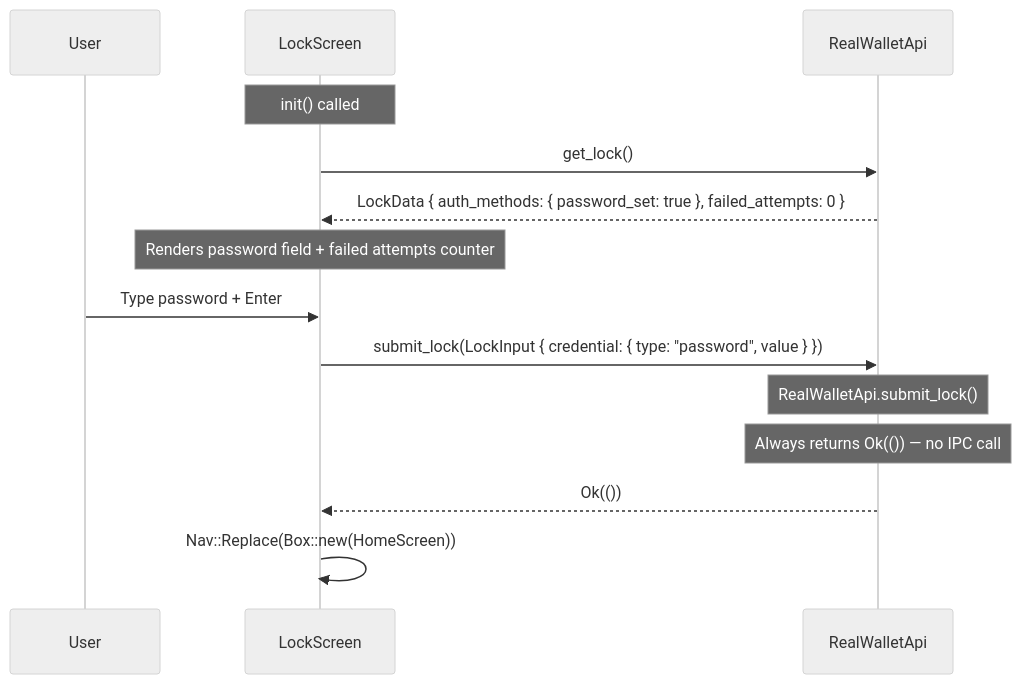
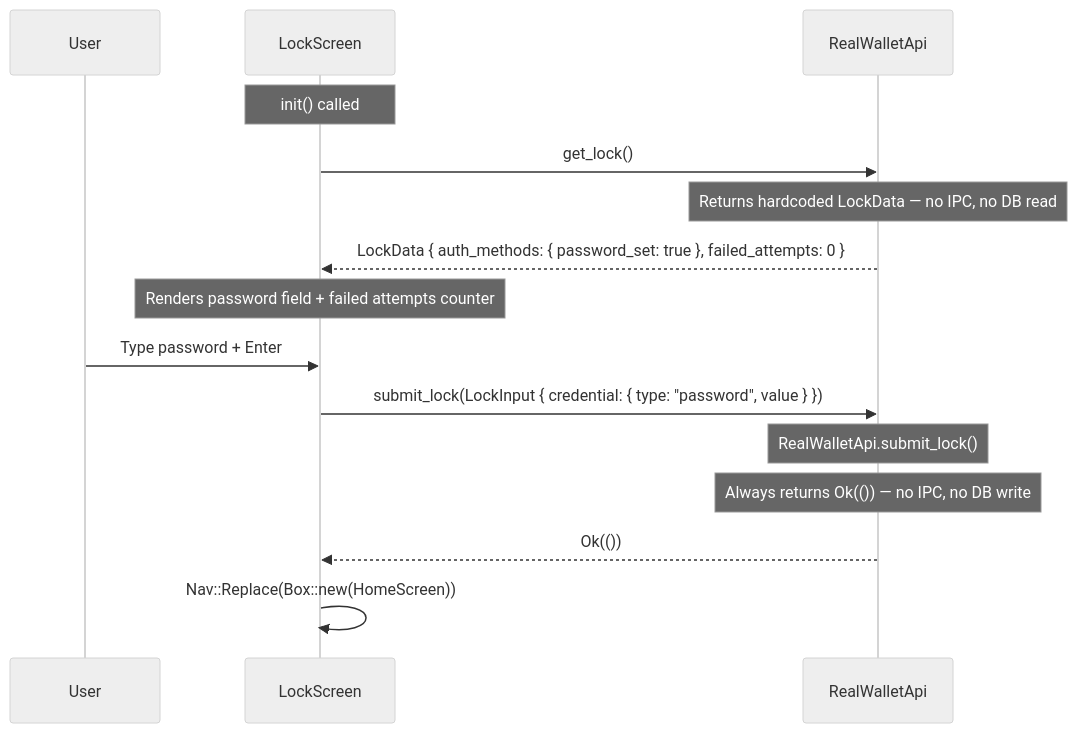
One commit to blockhackersio/paypunk changed the diagram in tui/docs/usecases/03-lock.md. Above: the diagram before and after it, drawn with Mermaid (neutral theme). The commit also changed other lines of this file and 9 other files, not shown here.

````diff
--- a/tui/docs/usecases/03-lock.md
+++ b/tui/docs/usecases/03-lock.md
@@ -7,23 +9,24 @@
 ```mermaid
 sequenceDiagram
     participant U as User
     participant TUI as LockScreen
     participant API as RealWalletApi
 
     Note over TUI: init() called
     TUI->>API: get_lock()
+    Note over API: Returns hardcoded LockData — no IPC, no DB read
     API-->>TUI: LockData { auth_methods: { password_set: true }, failed_attempts: 0 }
 
     Note over TUI: Renders password field + failed attempts counter
 
     U->>TUI: Type password + Enter
 
     TUI->>API: submit_lock(LockInput { credential: { type: "password", value } })
 
     Note over API: RealWalletApi.submit_lock()
-    Note over API: Always returns Ok(()) — no IPC call
+    Note over API: Always returns Ok(()) — no IPC, no DB write
 
     API-->>TUI: Ok(())
 
     TUI->>TUI: Nav::Replace(Box::new(HomeScreen))
 ```
````
